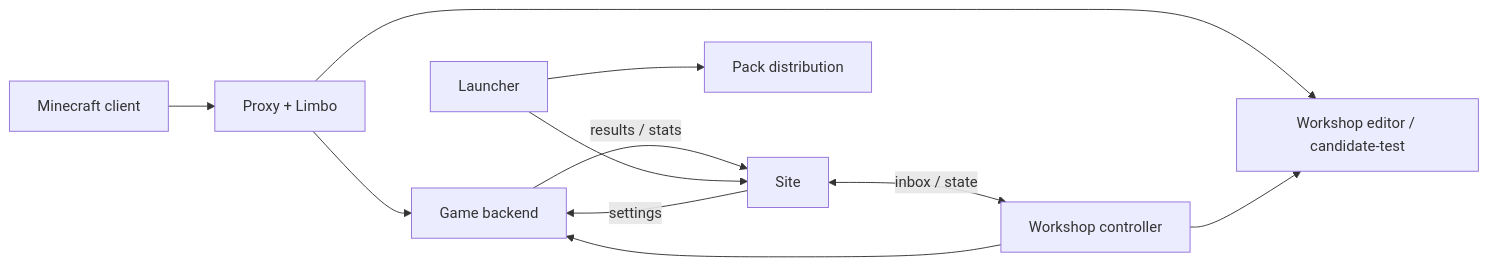
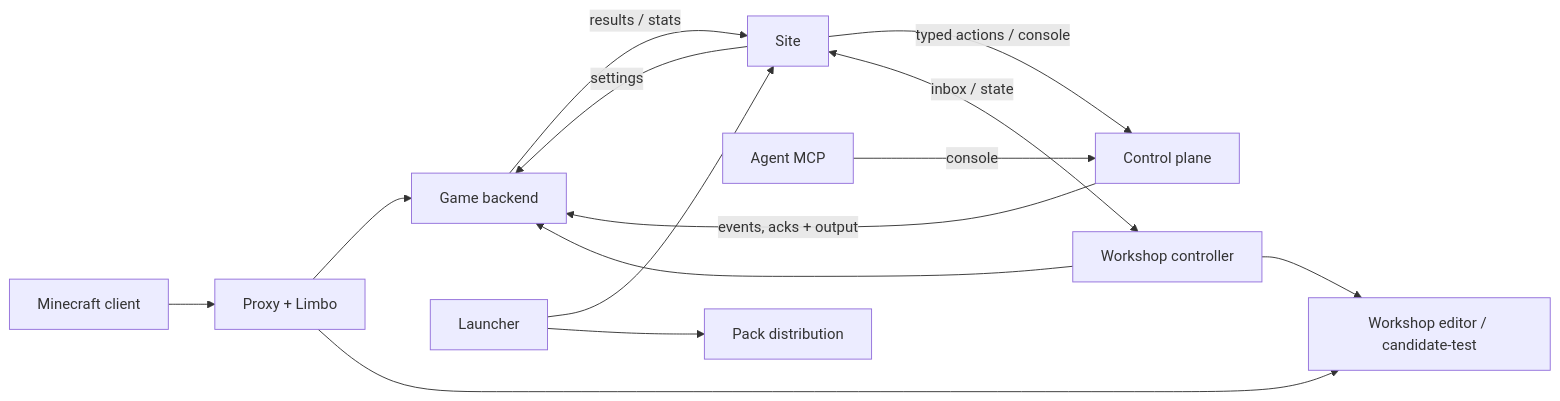
One commit to Blockfield/blockfield-workspace changed the diagram in docs/ARCHITECTURE.md. Above: the diagram before and after it, drawn with Mermaid. The commit also changed other lines of this file, not shown here.

Commit message:
Architecture: control plane is the only site/agent path to the game

````diff
--- a/docs/ARCHITECTURE.md
+++ b/docs/ARCHITECTURE.md
@@ -29,13 +30,16 @@
 ```mermaid
 flowchart LR
   MC[Minecraft client] --> P[Proxy + Limbo]
   P --> G[Game backend]
   P --> W[Workshop editor / candidate-test]
   G -->|results / stats| S[Site]
   S -->|settings| G
+  S -->|typed actions / console| CP[Control plane]
+  A[Agent MCP] -->|console| CP
+  CP -->|events, acks + output| G
   S <-->|inbox / state| C[Workshop controller]
   C --> G
   C --> W
   L[Launcher] --> S
   L --> D[Pack distribution]
 ```
````
